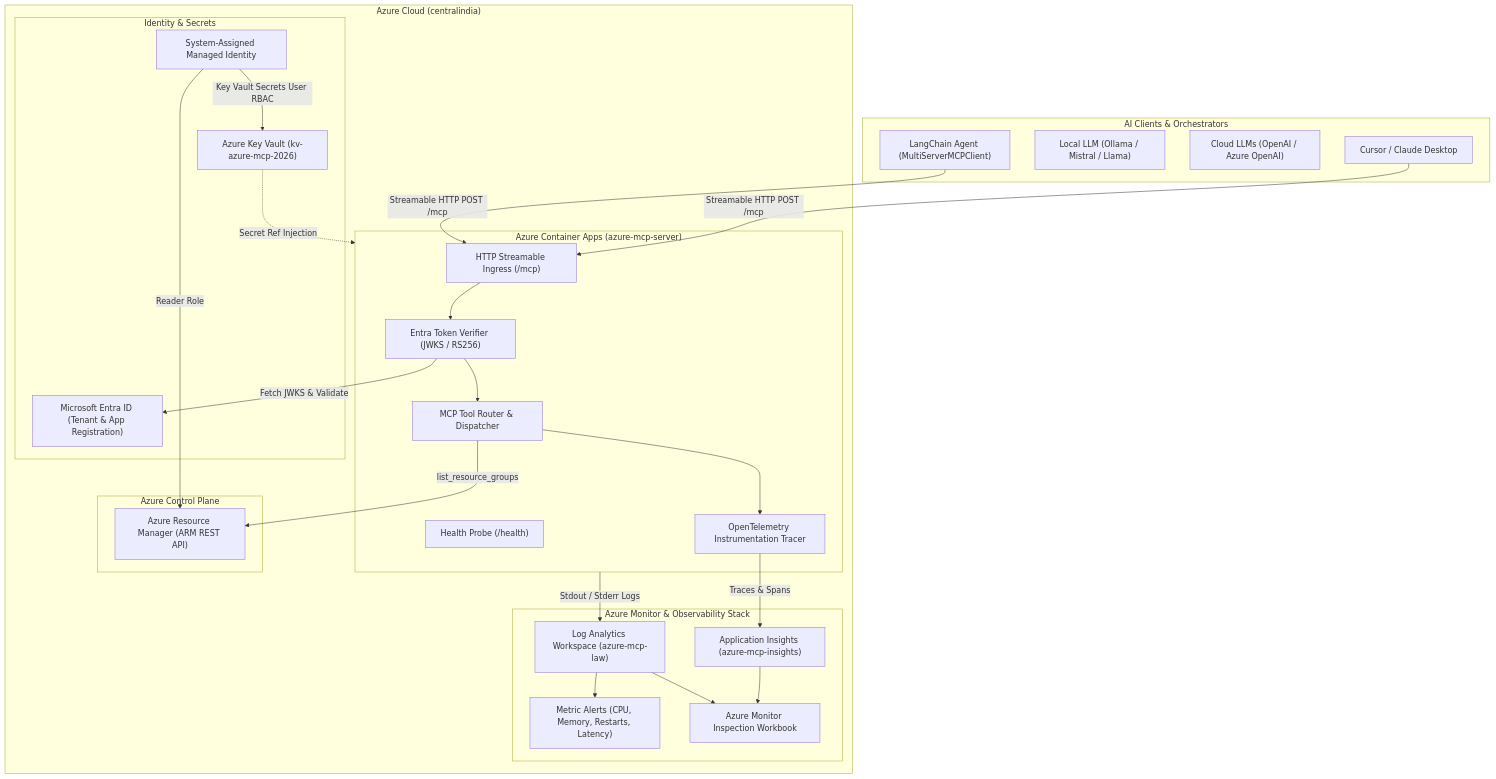
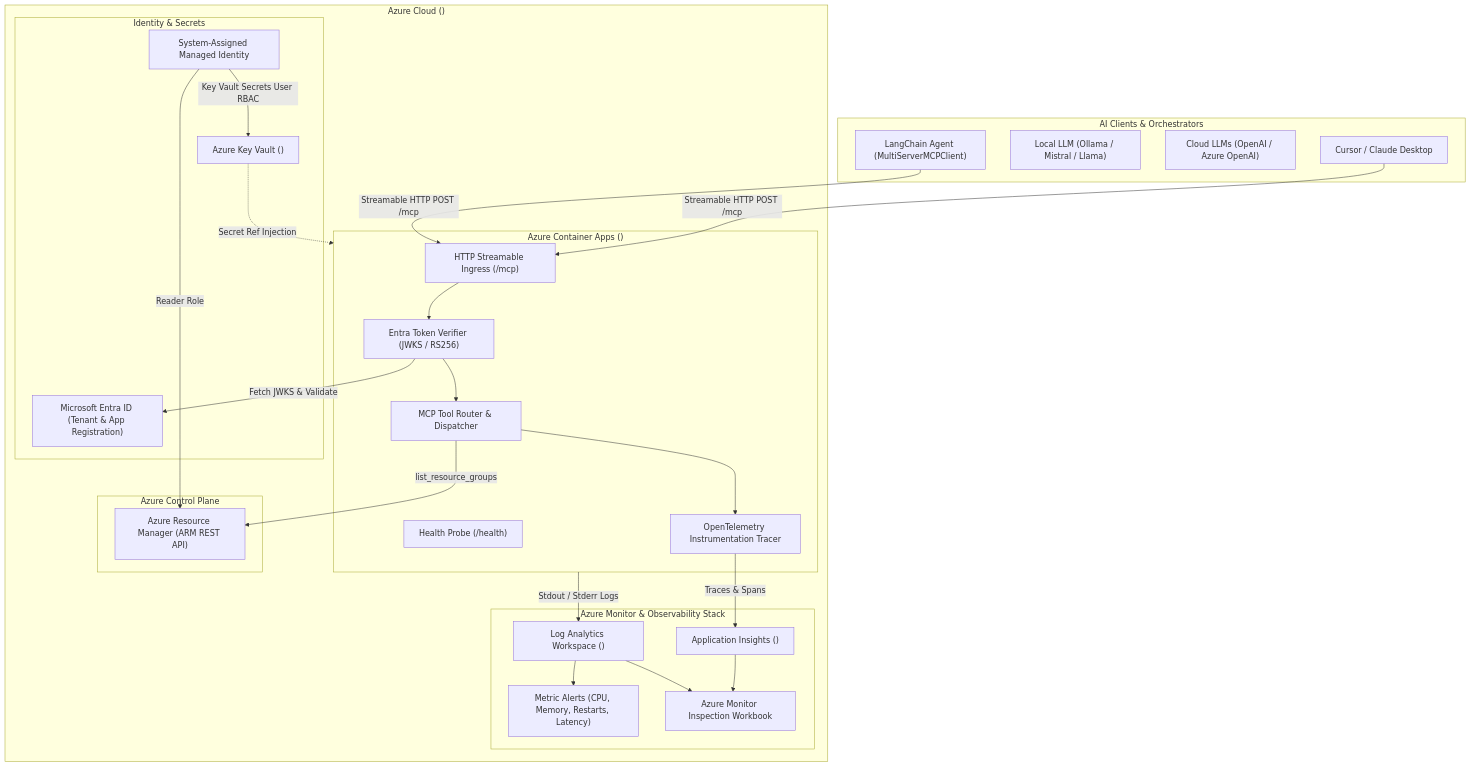
One commit to SanjayR857/Azure-MCP-server changed the diagram in README.md. Above: the diagram before and after it, drawn with Mermaid. The commit also changed other lines of this file, not shown here.

````diff
--- a/README.md
+++ b/README.md
@@ -57,52 +57,52 @@
 ```mermaid
 graph TD
     subgraph Clients["AI Clients & Orchestrators"]
         LC["LangChain Agent (MultiServerMCPClient)"]
         Ollama["Local LLM (Ollama / Mistral / Llama)"]
         CloudLLM["Cloud LLMs (OpenAI / Azure OpenAI)"]
         IDE["Cursor / Claude Desktop"]
     end
 
-    subgraph AzureCloud["Azure Cloud (centralindia)"]
-        subgraph ACA["Azure Container Apps (azure-mcp-server)"]
+    subgraph AzureCloud["Azure Cloud (<your-region>)"]
+        subgraph ACA["Azure Container Apps (<your-container-app>)"]
             Endpoint["HTTP Streamable Ingress (/mcp)"]
             HealthEndpoint["Health Probe (/health)"]
             AuthMiddleware["Entra Token Verifier (JWKS / RS256)"]
             ToolRouter["MCP Tool Router & Dispatcher"]
             OTel["OpenTelemetry Instrumentation Tracer"]
         end
 
         subgraph Security["Identity & Secrets"]
             Entra["Microsoft Entra ID (Tenant & App Registration)"]
-            KV["Azure Key Vault (kv-azure-mcp-2026)"]
+            KV["Azure Key Vault (<your-keyvault-name>)"]
             MI["System-Assigned Managed Identity"]
         end
 
         subgraph Observability["Azure Monitor & Observability Stack"]
-            AppInsights["Application Insights (azure-mcp-insights)"]
-            LAW["Log Analytics Workspace (azure-mcp-law)"]
+            AppInsights["Application Insights (<your-appinsights-name>)"]
+            LAW["Log Analytics Workspace (<your-law-name>)"]
             Alerts["Metric Alerts (CPU, Memory, Restarts, Latency)"]
             Workbook["Azure Monitor Inspection Workbook"]
         end
 
         subgraph Management["Azure Control Plane"]
             ARM["Azure Resource Manager (ARM REST API)"]
         end
     end
 
     LC -->|Streamable HTTP POST /mcp| Endpoint
     IDE -->|Streamable HTTP POST /mcp| Endpoint
     Endpoint --> AuthMiddleware
     AuthMiddleware -->|Fetch JWKS & Validate| Entra
     AuthMiddleware --> ToolRouter
     ToolRouter --> OTel
     OTel -->|Traces & Spans| AppInsights
     ACA -->|Stdout / Stderr Logs| LAW
     MI -->|Key Vault Secrets User RBAC| KV
     KV -.->|Secret Ref Injection| ACA
     MI -->|Reader Role| ARM
     ToolRouter -->|list_resource_groups| ARM
     LAW --> Alerts
     LAW --> Workbook
     AppInsights --> Workbook
 ```
````
